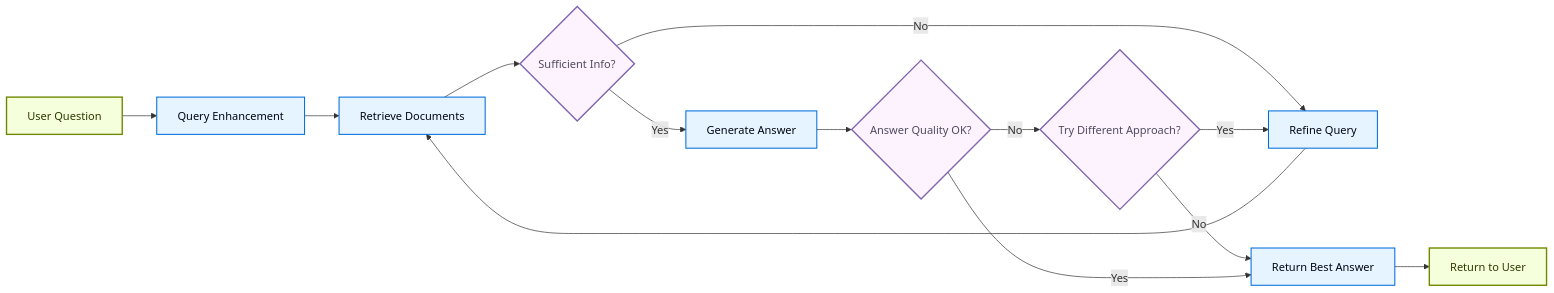
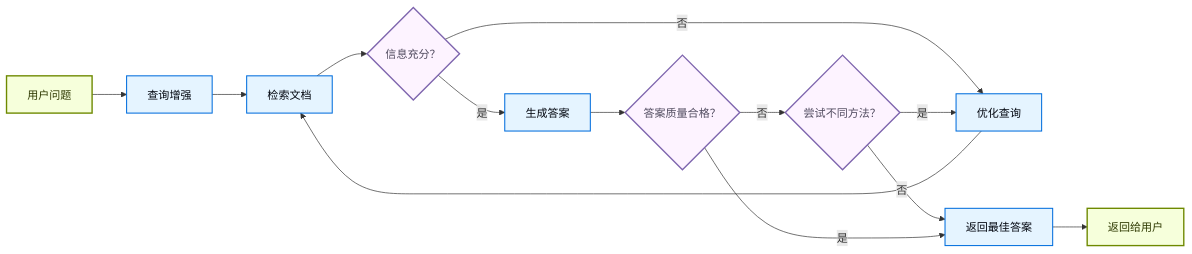
The fourth of 4 diagrams in oss/javascript/langchain/retrieval.mdx (kunfan96/cndocs-langchain), drawn with Mermaid before and after one commit. The commit also changed other lines of this file and 2498 other files, not shown here.

````diff
--- a/oss/javascript/langchain/retrieval.mdx
+++ b/oss/javascript/langchain/retrieval.mdx
@@ -315,23 +315,23 @@
 ```mermaid
 graph LR
-    A[User Question] --> B[Query Enhancement]
-    B --> C[Retrieve Documents]
-    C --> D{Sufficient Info?}
-    D -- No --> E[Refine Query]
+    A[用户问题] --> B[查询增强]
+    B --> C[检索文档]
+    C --> D{信息充分？}
+    D -- 否 --> E[优化查询]
     E --> C
-    D -- Yes --> F[Generate Answer]
-    F --> G{Answer Quality OK?}
-    G -- No --> H{Try Different Approach?}
-    H -- Yes --> E
-    H -- No --> I[Return Best Answer]
-    G -- Yes --> I
-    I --> J[Return to User]
+    D -- 是 --> F[生成答案]
+    F --> G{答案质量合格？}
+    G -- 否 --> H{尝试不同方法？}
+    H -- 是 --> E
+    H -- 否 --> I[返回最佳答案]
+    G -- 是 --> I
+    I --> J[返回给用户]
 
     classDef startend fill:#F6FFDB,stroke:#6E8900,stroke-width:2px,color:#2E3900
     classDef decision fill:#FDF3FF,stroke:#7E65AE,stroke-width:2px,color:#504B5F
     classDef process fill:#E5F4FF,stroke:#006DDD,stroke-width:1.5px,color:#030710
 
     class A,J startend
     class B,C,E,F,I process
     class D,G,H decision
 ```
````
